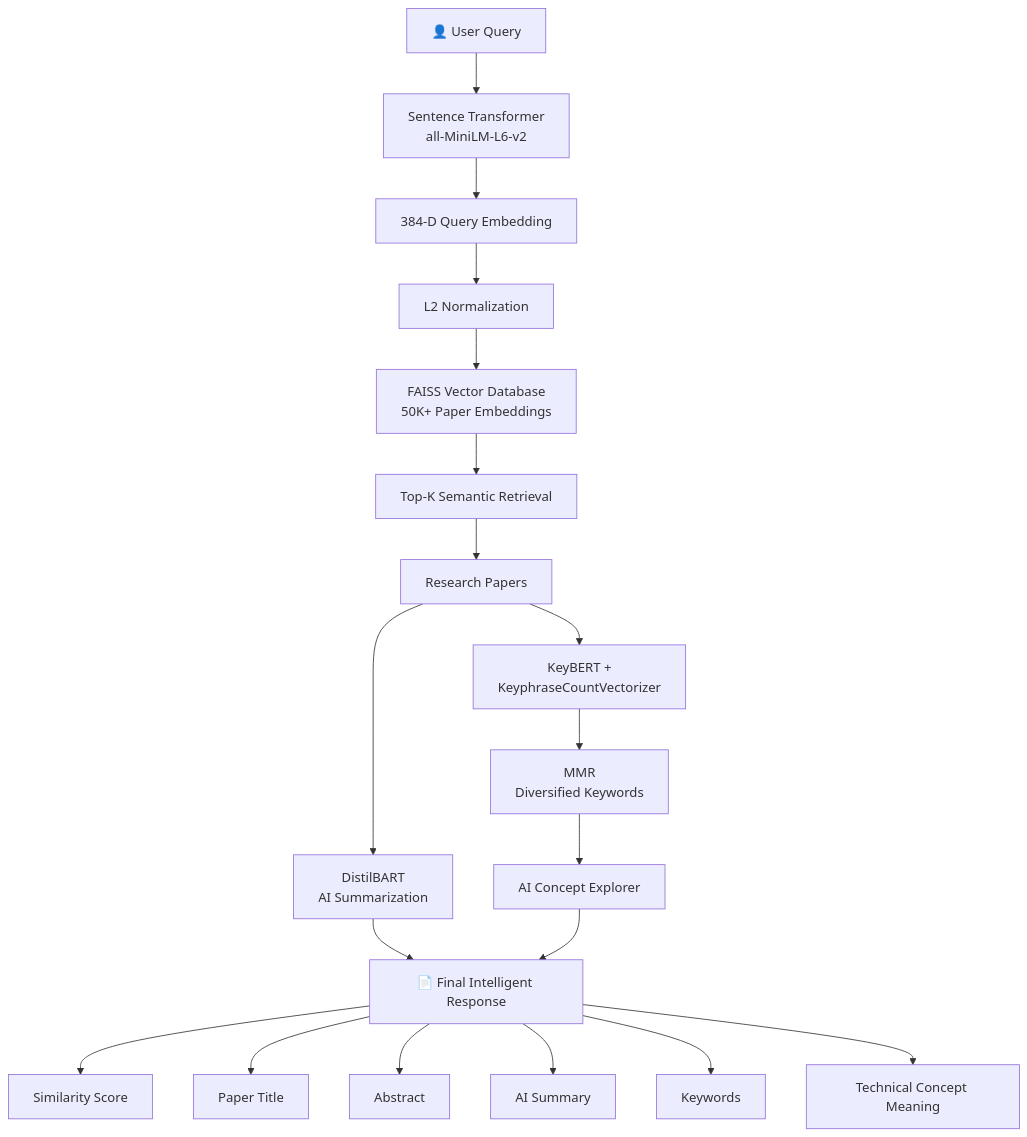
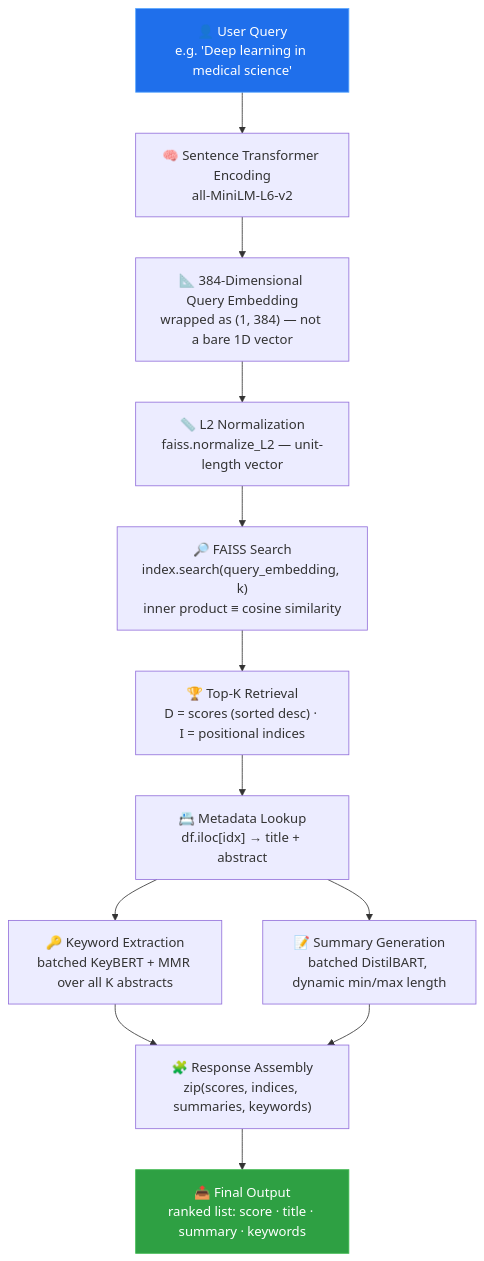
The second of 5 diagrams in README.md (aayushdalal/Fanite), drawn with Mermaid before and after one commit. The commit also changed other lines of this file, not shown here.

````diff
--- a/README.md
+++ b/README.md
@@ -167,62 +200,17 @@
 ```mermaid
 flowchart TD
+    A["👤 User Query<br/>e.g. 'Deep learning in medical science'"] --> B["🧠 Sentence Transformer Encoding<br/>all-MiniLM-L6-v2"]
+    B --> C["📐 384-Dimensional Query Embedding<br/>wrapped as (1, 384) — not a bare 1D vector"]
+    C --> D["📏 L2 Normalization<br/>faiss.normalize_L2 — unit-length vector"]
+    D --> E["🔎 FAISS Search<br/>index.search(query_embedding, k)<br/>inner product ≡ cosine similarity"]
+    E --> F["🏆 Top-K Retrieval<br/>D = scores (sorted desc) · I = positional indices"]
+    F --> G["📇 Metadata Lookup<br/>df.iloc[idx] → title + abstract"]
+    G --> H["🔑 Keyword Extraction<br/>batched KeyBERT + MMR over all K abstracts"]
+    G --> I["📝 Summary Generation<br/>batched DistilBART, dynamic min/max length"]
+    H --> J["🧩 Response Assembly<br/>zip(scores, indices, summaries, keywords)"]
+    I --> J
+    J --> K["📤 Final Output<br/>ranked list: score · title · summary · keywords"]
 
-A["👤 User Query"]
-
-B["Sentence Transformer<br/>all-MiniLM-L6-v2"]
-
-C["384-D Query Embedding"]
-
-D["L2 Normalization"]
-
-E["FAISS Vector Database<br/>50K+ Paper Embeddings"]
-
-F["Top-K Semantic Retrieval"]
-
-G["Research Papers"]
-
-H["DistilBART<br/>AI Summarization"]
-
-I["KeyBERT +<br/>KeyphraseCountVectorizer"]
-
-J["MMR<br/>Diversified Keywords"]
-
-K["AI Concept Explorer"]
-
-L["📄 Final Intelligent Response"]
-
-M["Similarity Score"]
-
-N["Paper Title"]
-
-O["Abstract"]
-
-P["AI Summary"]
-
-Q["Keywords"]
-
-R["Technical Concept Meaning"]
-
-A --> B
-B --> C
-C --> D
-D --> E
-E --> F
-F --> G
-
-G --> H
-G --> I
-
-I --> J
-J --> K
-
-H --> L
-K --> L
-
-L --> M
-L --> N
-L --> O
-L --> P
-L --> Q
-L --> R
+    style A fill:#1f6feb,stroke:#58a6ff,color:#fff
+    style K fill:#2ea043,stroke:#3fb950,color:#fff
 ```
````
